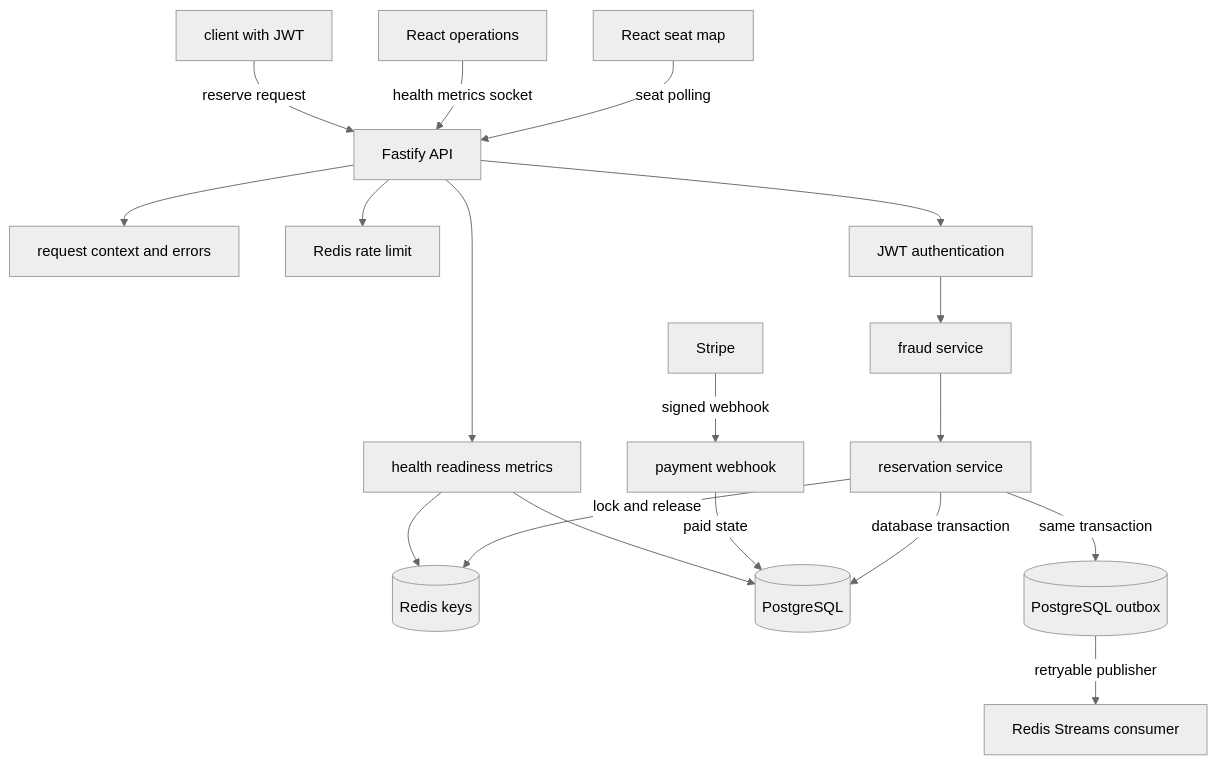
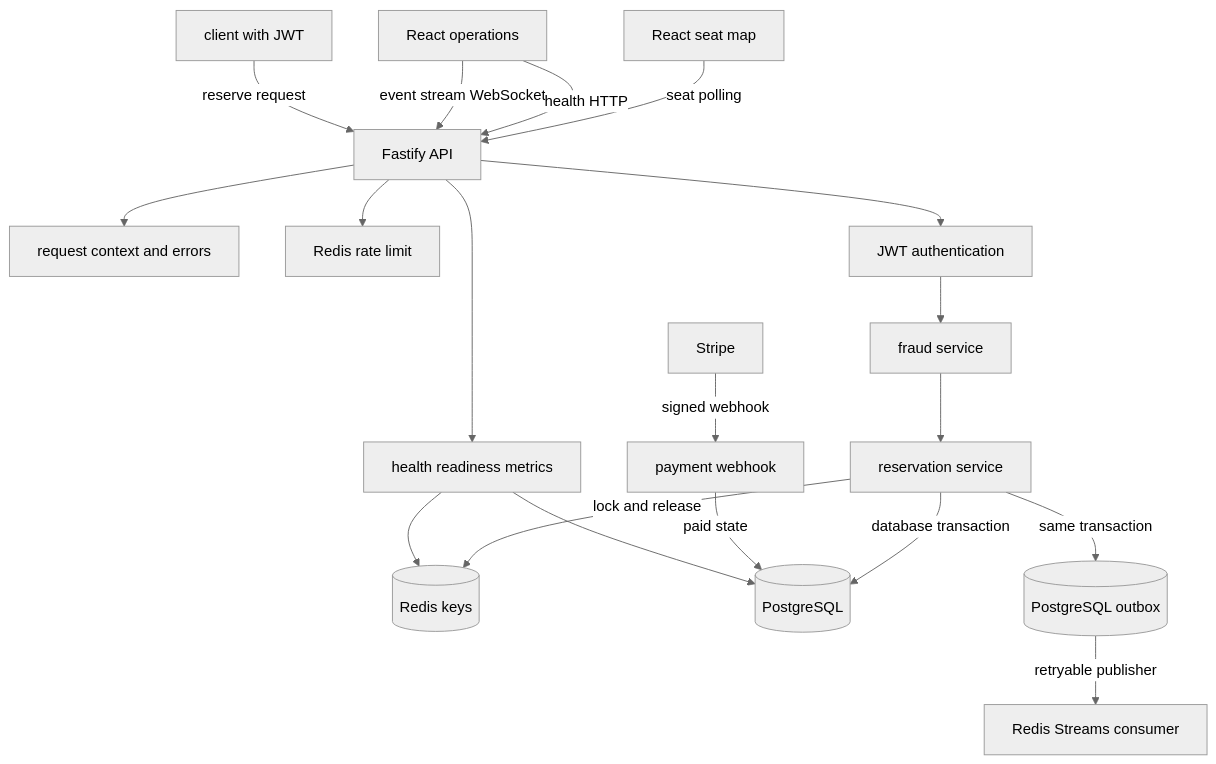
The first of 3 diagrams in docs/ARCHITECTURE.md (genesisgzdev/Project-MegaTicketing), drawn with Mermaid (neutral theme) before and after one commit. The commit also changed other lines of this file and 5 other files, not shown here.

Commit message:
fix(web): expose only runtime-backed operations

```diff
--- a/docs/ARCHITECTURE.md
+++ b/docs/ARCHITECTURE.md
@@ -11,20 +11,21 @@
 ~~~mermaid
 flowchart TB
     WEB[React seat map] -->|seat polling| HTTP[Fastify API]
-    OPS[React operations] -->|health metrics socket| HTTP
+    OPS[React operations] -->|health HTTP| HTTP
+    OPS -->|event stream WebSocket| HTTP
     CLIENT[client with JWT] -->|reserve request| HTTP
     HTTP --> CTX[request context and errors]
     HTTP --> RL[Redis rate limit]
     HTTP --> AUTH[JWT authentication]
     AUTH --> FRAUD[fraud service]
     FRAUD --> RES[reservation service]
     RES -->|lock and release| R[(Redis keys)]
     RES -->|database transaction| DB[(PostgreSQL)]
     RES -->|same transaction| OUT[(PostgreSQL outbox)]
     OUT -->|retryable publisher| ORD[Redis Streams consumer]
     STRIPE[Stripe] -->|signed webhook| PAY[payment webhook]
     PAY -->|paid state| DB
     HTTP --> HEALTH[health readiness metrics]
     HEALTH --> DB
     HEALTH --> R
 ~~~
```
